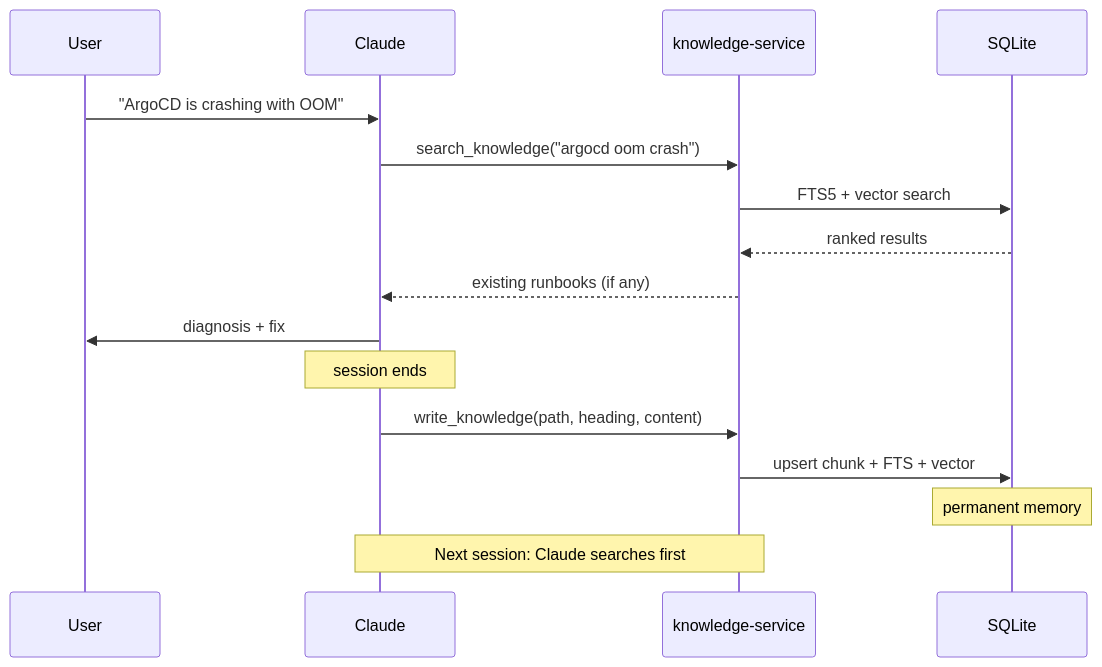
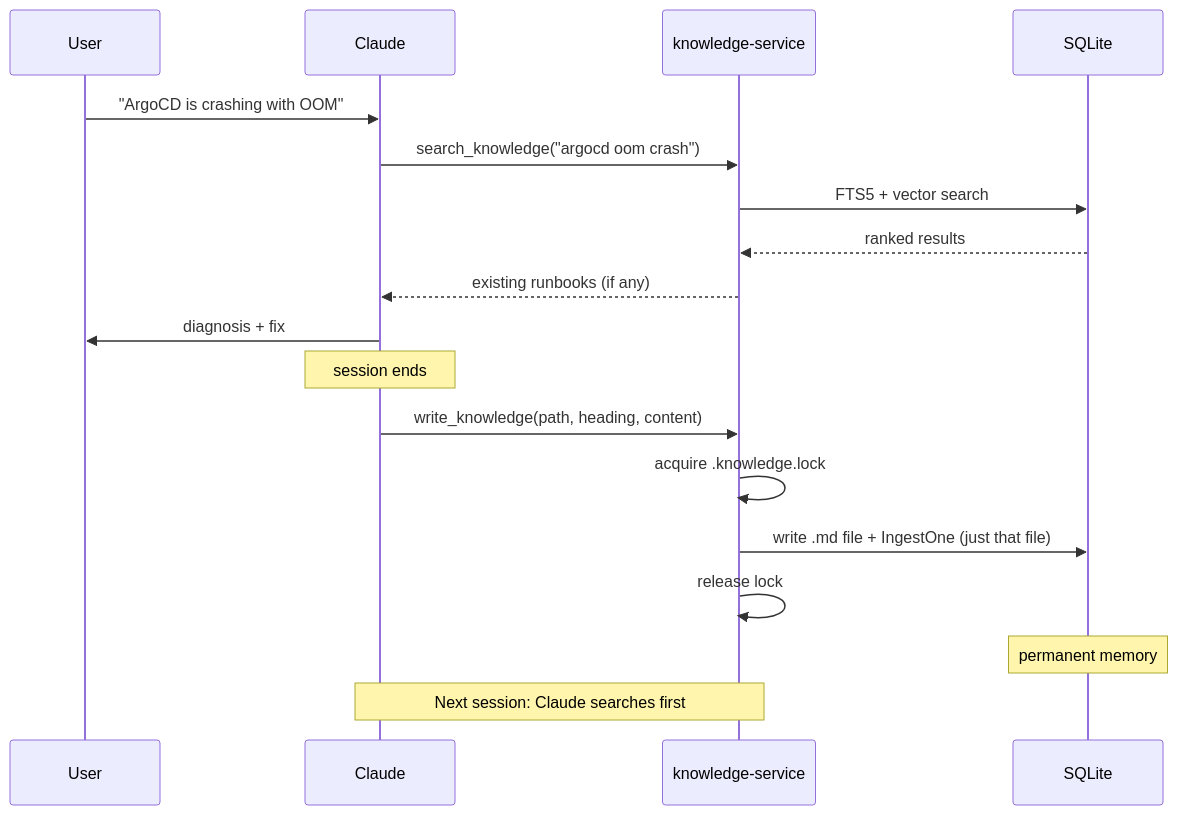
Before and after one commit to Blacklotus89898/DaVinci: the third of 3 diagrams in docs/architecture.md, drawn with Mermaid. The commit also changed other lines of this file and 2 other files, not shown here.

First line of the commit message:
docs: mermaid architecture diagram and updated write/search contracts

````diff
--- a/docs/architecture.md
+++ b/docs/architecture.md
@@ -60,19 +60,21 @@
 ```mermaid
 sequenceDiagram
     participant U as User
     participant C as Claude
     participant K as knowledge-service
     participant DB as SQLite
 
     U->>C: "ArgoCD is crashing with OOM"
     C->>K: search_knowledge("argocd oom crash")
     K->>DB: FTS5 + vector search
     DB-->>K: ranked results
     K-->>C: existing runbooks (if any)
     C->>U: diagnosis + fix
     Note over C: session ends
     C->>K: write_knowledge(path, heading, content)
-    K->>DB: upsert chunk + FTS + vector
+    K->>K: acquire .knowledge.lock
+    K->>DB: write .md file + IngestOne (just that file)
+    K->>K: release lock
     Note over DB: permanent memory
     Note over C,K: Next session: Claude searches first
 ```
````
